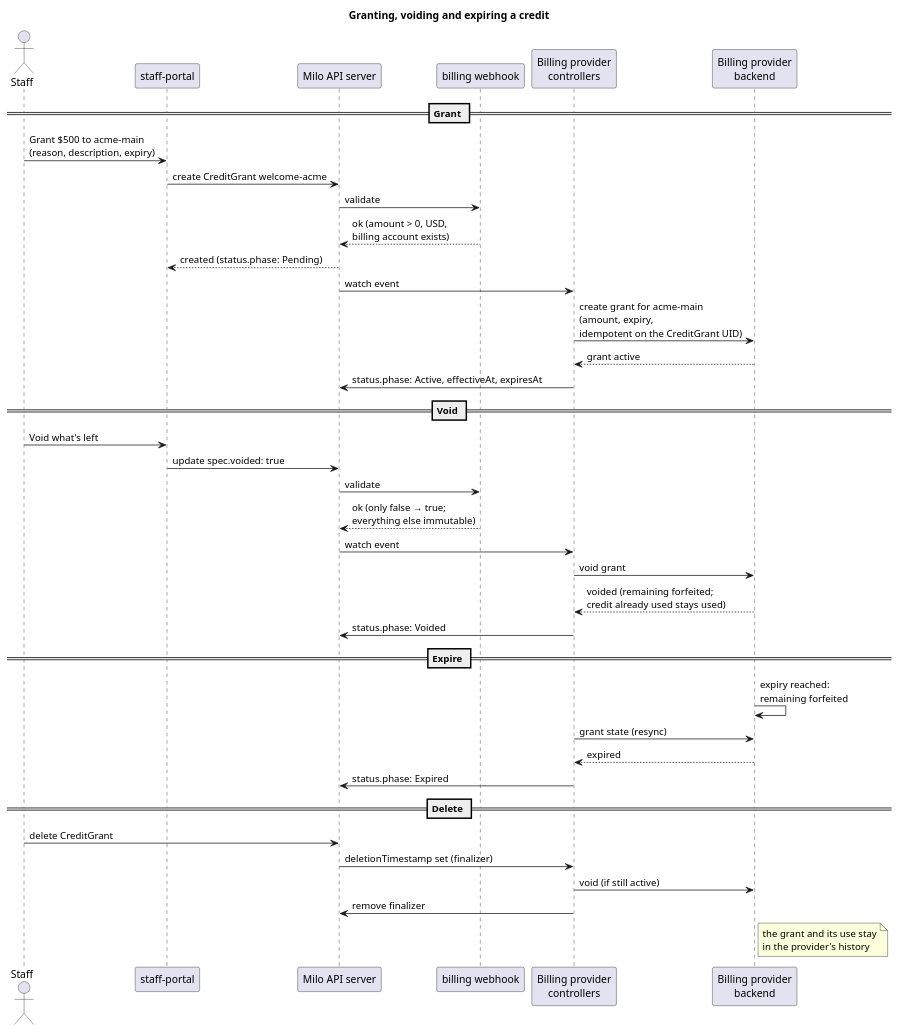
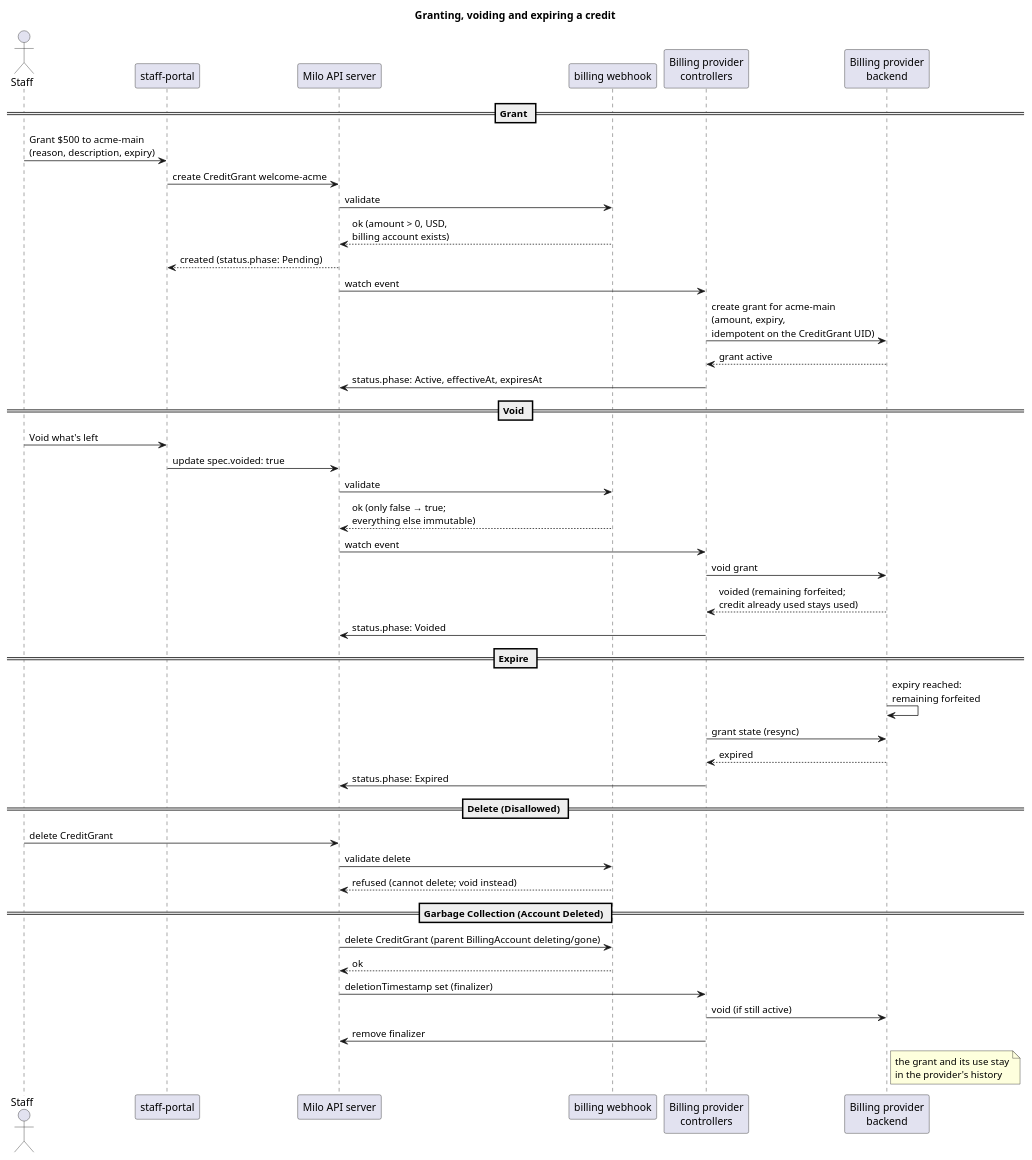
Before and after one commit to milo-os/billing: the diagram in docs/enhancements/credits/credits-grant.puml, drawn with PlantUML. The commit also changed 2 other files, not shown here.

Commit message:
docs(credits): update credit grant deletion and cascade voiding architecture

```diff
--- a/docs/enhancements/credits/credits-grant.puml
+++ b/docs/enhancements/credits/credits-grant.puml
@@ -1,44 +1,50 @@
 @startuml credits-grant
 title Granting, voiding and expiring a credit
 
 actor Staff
 participant "staff-portal" as SP
 participant "Milo API server" as Milo
 participant "billing webhook" as Webhook
 participant "Billing provider\ncontrollers" as Provider
 participant "Billing provider\nbackend" as Backend
 
 == Grant ==
 Staff -> SP : Grant $500 to acme-main\n(reason, description, expiry)
 SP -> Milo : create CreditGrant welcome-acme
 Milo -> Webhook : validate
 Webhook --> Milo : ok (amount > 0, USD,\nbilling account exists)
 Milo --> SP : created (status.phase: Pending)
 Milo -> Provider : watch event
 Provider -> Backend : create grant for acme-main\n(amount, expiry,\nidempotent on the CreditGrant UID)
 Backend --> Provider : grant active
 Provider -> Milo : status.phase: Active, effectiveAt, expiresAt
 
 == Void ==
 Staff -> SP : Void what's left
 SP -> Milo : update spec.voided: true
 Milo -> Webhook : validate
 Webhook --> Milo : ok (only false → true;\neverything else immutable)
 Milo -> Provider : watch event
 Provider -> Backend : void grant
 Backend --> Provider : voided (remaining forfeited;\ncredit already used stays used)
 Provider -> Milo : status.phase: Voided
 
 == Expire ==
 Backend -> Backend : expiry reached:\nremaining forfeited
 Provider -> Backend : grant state (resync)
 Backend --> Provider : expired
 Provider -> Milo : status.phase: Expired
 
-== Delete ==
+== Delete (Disallowed) ==
 Staff -> Milo : delete CreditGrant
+Milo -> Webhook : validate delete
+Webhook --> Milo : refused (cannot delete; void instead)
+
+== Garbage Collection (Account Deleted) ==
+Milo -> Webhook : delete CreditGrant (parent BillingAccount deleting/gone)
+Webhook --> Milo : ok
 Milo -> Provider : deletionTimestamp set (finalizer)
 Provider -> Backend : void (if still active)
 Provider -> Milo : remove finalizer
 note right of Backend : the grant and its use stay\nin the provider's history
 @enduml
```
